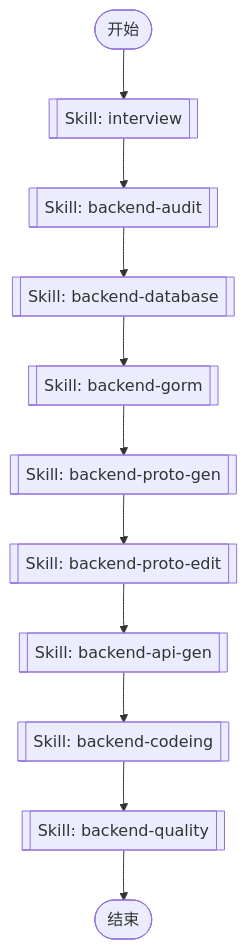
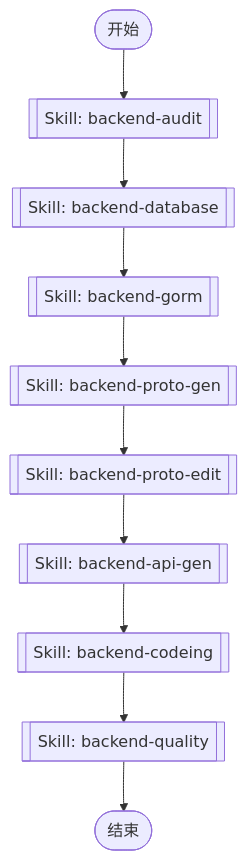
The diagram in .claude/commands/backend-dev.md (fzf-labs/ai-boilerplate), drawn with Mermaid before and after one commit. The commit also changed other lines of this file and 14 other files, not shown here.

````diff
--- a/.claude/commands/backend-dev.md
+++ b/.claude/commands/backend-dev.md
@@ -5,25 +5,23 @@
 ```mermaid
 flowchart TD
     start_node_default([开始])
     end_node_default([结束])
-    skill_1768063691168[[Skill: interview]]
     skill_1768063700993[[Skill: backend-audit]]
     skill_1768063714742[[Skill: backend-database]]
     skill_1768063741057[[Skill: backend-gorm]]
     skill_1768063756758[[Skill: backend-proto-gen]]
     skill_1768063772042[[Skill: backend-proto-edit]]
     skill_1768063827931[[Skill: backend-api-gen]]
     skill_1768064050985[[Skill: backend-codeing]]
     skill_1768064214932[[Skill: backend-quality]]
 
-    start_node_default --> skill_1768063691168
-    skill_1768063691168 --> skill_1768063700993
+    start_node_default  --> skill_1768063700993
     skill_1768063700993 --> skill_1768063714742
     skill_1768063714742 --> skill_1768063741057
     skill_1768063741057 --> skill_1768063756758
     skill_1768063756758 --> skill_1768063772042
     skill_1768063772042 --> skill_1768063827931
     skill_1768063827931 --> skill_1768064050985
     skill_1768064050985 --> skill_1768064214932
     skill_1768064214932 --> end_node_default
 ```
````
